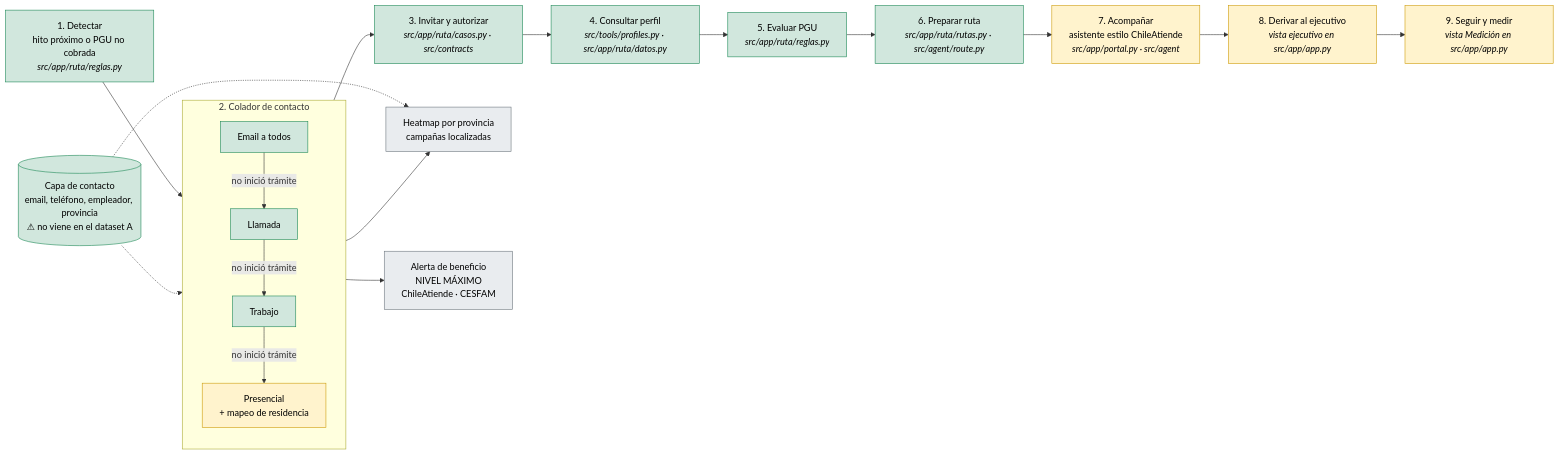
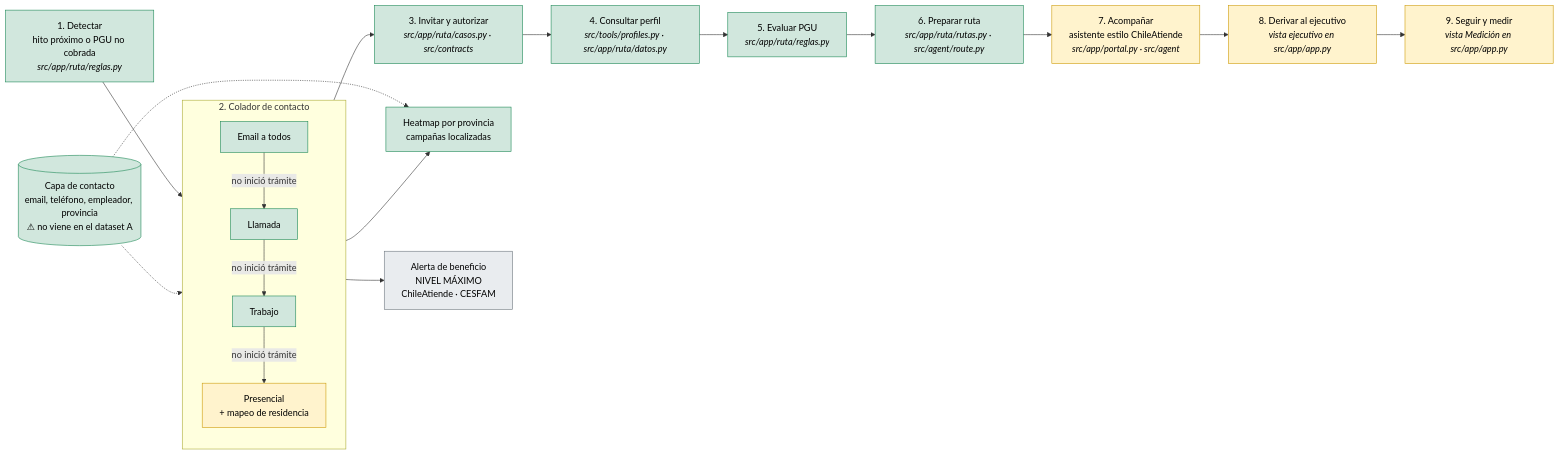
The diagram in 35-roles/_equipo.md (brunoponcem/hackaton-aws), drawn with Mermaid before and after one commit. The commit also changed other lines of this file and 3 other files, not shown here.

````diff
--- a/35-roles/_equipo.md
+++ b/35-roles/_equipo.md
@@ -34,30 +34,30 @@
 ```mermaid
 flowchart LR
   D["1. Detectar<br/>hito próximo o PGU no cobrada<br/><i>src/app/ruta/reglas.py</i>"] --> C
   subgraph C["2. Colador de contacto"]
     direction TB
     C1["Email a todos"] -- no inició trámite --> C2["Llamada"]
     C2 -- no inició trámite --> C3["Trabajo"]
     C3 -- no inició trámite --> C4["Presencial<br/>+ mapeo de residencia"]
   end
   C --> I["3. Invitar y autorizar<br/><i>src/app/ruta/casos.py · src/contracts</i>"]
   I --> Q["4. Consultar perfil<br/><i>src/tools/profiles.py · src/app/ruta/datos.py</i>"]
   Q --> V["5. Evaluar PGU<br/><i>src/app/ruta/reglas.py</i>"]
   V --> R["6. Preparar ruta<br/><i>src/app/ruta/rutas.py · src/agent/route.py</i>"]
   R --> A["7. Acompañar<br/>asistente estilo ChileAtiende<br/><i>src/app/portal.py · src/agent</i>"]
   A --> X["8. Derivar al ejecutivo<br/><i>vista ejecutivo en src/app/app.py</i>"]
   X --> S["9. Seguir y medir<br/><i>vista Medición en src/app/app.py</i>"]
   C4 --> HM["Heatmap por provincia<br/>campañas localizadas"]
   C4 --> AL["Alerta de beneficio<br/>NIVEL MÁXIMO<br/>ChileAtiende · CESFAM"]
   CX[("Capa de contacto<br/>email, teléfono, empleador, provincia<br/>⚠ no viene en el dataset A")] -.-> C
   CX -.-> HM
 
   classDef hecho fill:#d1e7dd,stroke:#198754,color:#000
   classDef parcial fill:#fff3cd,stroke:#cc9a06,color:#000
   classDef pendiente fill:#e9ecef,stroke:#6c757d,color:#000
   class D,I,Q,V,R hecho
   class A,X,S parcial
-  class C1,C2,C3,CX hecho
+  class C1,C2,C3,CX,HM hecho
   class C4 parcial
-  class HM,AL pendiente
+  class AL pendiente
 ```
````
